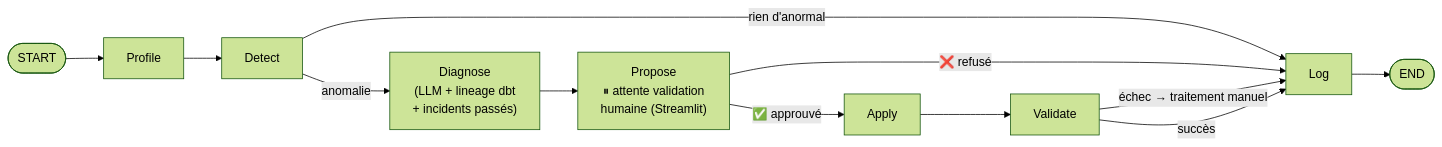
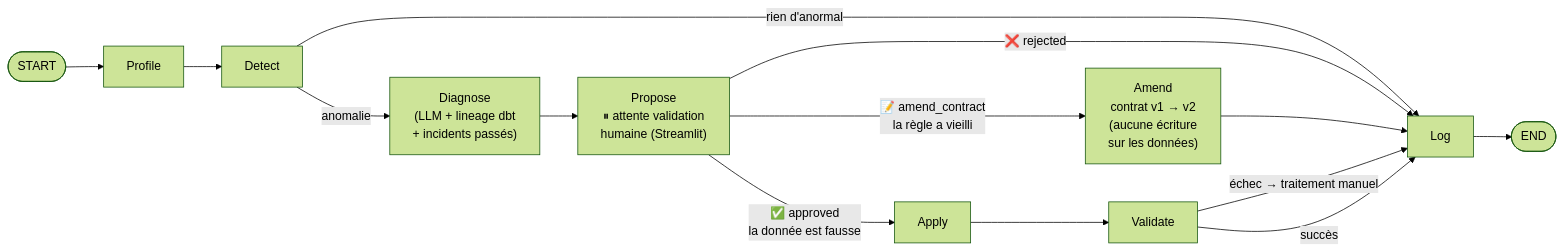
Before and after one commit to hodamounaouir/PFA: the second of 2 diagrams in README.md, drawn with Mermaid (forest theme). The commit also changed other lines of this file and 6 other files, not shown here.

````diff
--- a/README.md
+++ b/README.md
@@ -106,14 +107,16 @@
 ```mermaid
 graph LR
     START([START]) --> P[Profile]
     P --> D[Detect]
     D -->|"rien d'anormal"| L[Log]
     D -->|anomalie| DG["Diagnose<br/>(LLM + lineage dbt<br/>+ incidents passés)"]
     DG --> PR["Propose<br/>⏸ attente validation<br/>humaine (Streamlit)"]
-    PR -->|"✅ approuvé"| AP[Apply]
-    PR -->|"❌ refusé"| L
+    PR -->|"✅ approved<br/>la donnée est fausse"| AP[Apply]
+    PR -->|"📝 amend_contract<br/>la règle a vieilli"| AM["Amend<br/>contrat v1 → v2<br/>(aucune écriture<br/>sur les données)"]
+    PR -->|"❌ rejected"| L
     AP --> V[Validate]
+    AM --> L
     V -->|"échec → traitement manuel"| L
     V -->|succès| L
     L --> END([END])
 ```
````
